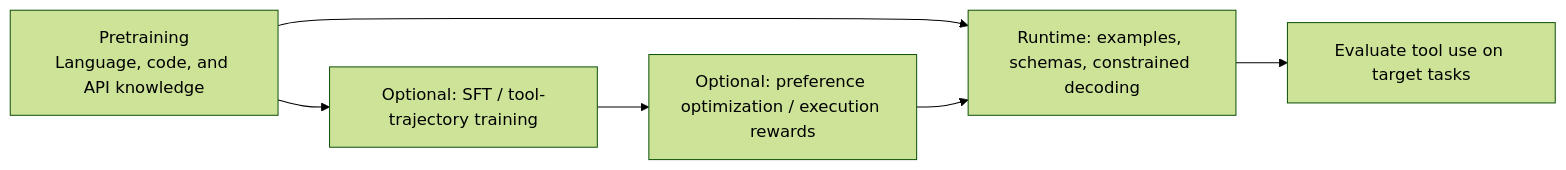
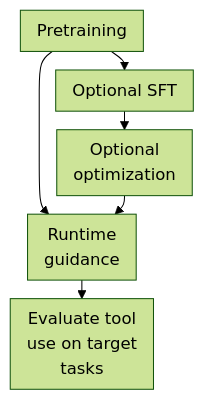
The first of 5 diagrams in docs/tools/01-function-calling/02-tool-learning.md (zongyangbigpolo/awesome-ai-roadmap), drawn with Mermaid (forest theme) before and after one commit. The commit also changed other lines of this file and 320 other files, not shown here.

First line of the commit message:
Prepare compact bilingual diagrams and centralized references for Kindle RC2

````diff
--- a/docs/tools/01-function-calling/02-tool-learning.md
+++ b/docs/tools/01-function-calling/02-tool-learning.md
@@ -21,8 +21,9 @@
 ```mermaid
-flowchart LR
-    PT["Pretraining<br/>Language, code, and API knowledge"] --> SFT["Optional: SFT / tool-trajectory training"]
-    SFT --> RL["Optional: preference optimization / execution rewards"]
-    PT --> RT["Runtime: examples, schemas, constrained decoding"]
+%%{init: {"flowchart": {"nodeSpacing": 12, "rankSpacing": 18, "padding": 8}}}%%
+flowchart TB
+    PT["Pretraining"] --> SFT["Optional SFT"]
+    SFT --> RL["Optional<br/>optimization"]
+    PT --> RT["Runtime<br/>guidance"]
     RL --> RT
-    RT --> READY["Evaluate tool use on target tasks"]
+    RT --> READY["Evaluate tool<br/>use on target<br/>tasks"]
 ```
````
